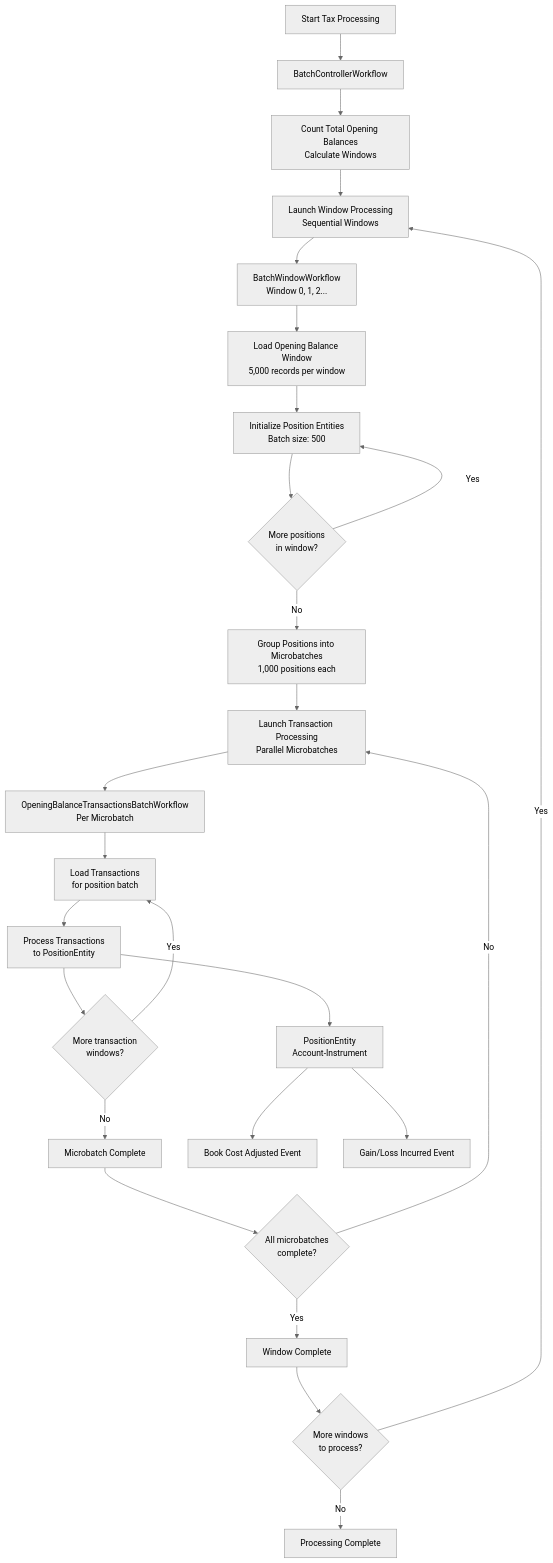
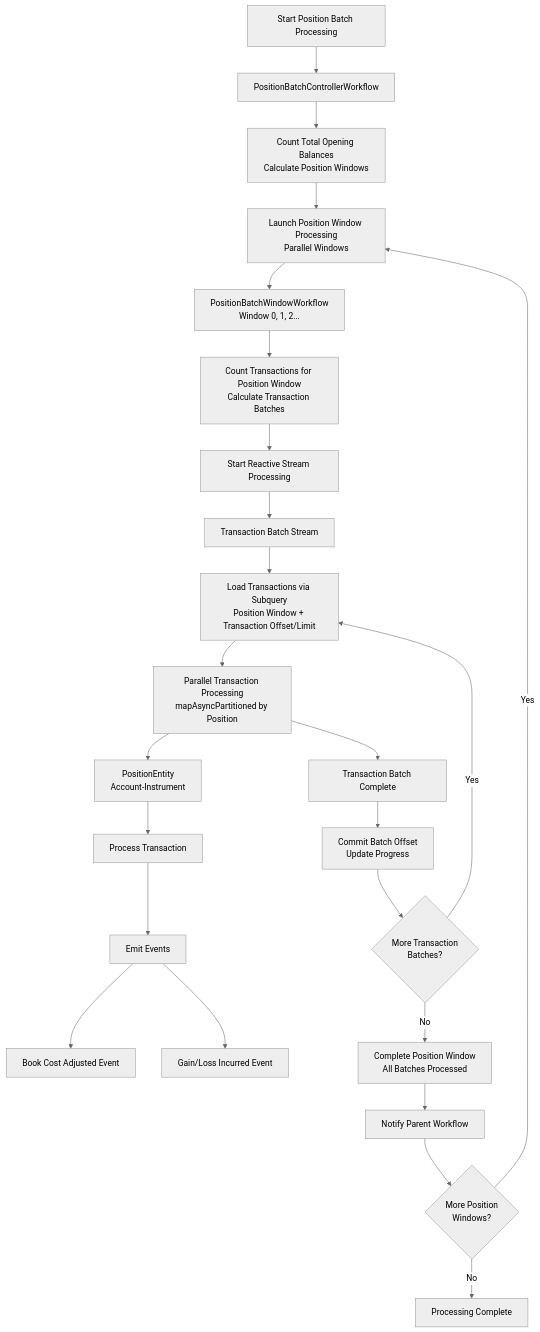
Before and after one commit to aklikic/tax-processing: the first of 2 diagrams in README.md, drawn with Mermaid (neutral theme). The commit also changed other lines of this file and 37 other files, not shown here.

````diff
--- a/README.md
+++ b/README.md
@@ -7,35 +7,32 @@
 ```mermaid
 graph TD
-    A[Start Tax Processing] --> B[BatchControllerWorkflow]
+    A[Start Position Batch Processing] --> B[PositionBatchControllerWorkflow]
 
-    B --> B1[Count Total Opening Balances<br/>Calculate Windows]
-    B1 --> B2[Launch Window Processing<br/>Sequential Windows]
+    B --> B1[Count Total Opening Balances<br/>Calculate Position Windows]
+    B1 --> B2[Launch Position Window Processing<br/>Parallel Windows]
 
-    B2 --> C[BatchWindowWorkflow<br/>Window 0, 1, 2...]
-    C --> C1[Load Opening Balance Window<br/>5,000 records per window]
-    C1 --> C2[Initialize Position Entities<br/>Batch size: 500]
-    C2 --> C3{More positions<br/>in window?}
-    C3 -->|Yes| C2
-    C3 -->|No| C4[Group Positions into Microbatches<br/>1,000 positions each]
+    B2 --> C[PositionBatchWindowWorkflow<br/>Window 0, 1, 2...]
+    C --> C1[Count Transactions for Position Window<br/>Calculate Transaction Batches]
+    C1 --> C2[Start Reactive Stream Processing]
 
-    C4 --> D1[Launch Transaction Processing<br/>Parallel Microbatches]
+    C2 --> D[Transaction Batch Stream]
+    D --> D1[Load Transactions via Subquery<br/>Position Window + Transaction Offset/Limit]
+    D1 --> D2[Parallel Transaction Processing<br/>mapAsyncPartitioned by Position]
 
-    D1 --> E[OpeningBalanceTransactionsBatchWorkflow<br/>Per Microbatch]
-    E --> E1[Load Transactions<br/>for position batch]
-    E1 --> E2[Process Transactions<br/>to PositionEntity]
-    E2 --> E3{More transaction<br/>windows?}
-    E3 -->|Yes| E1
-    E3 -->|No| E4[Microbatch Complete]
+    D2 --> E[PositionEntity<br/>Account-Instrument]
+    E --> E1[Process Transaction]
+    E1 --> E2[Emit Events]
+    E2 --> F1[Book Cost Adjusted Event]
+    E2 --> F2[Gain/Loss Incurred Event]
 
-    E2 --> F[PositionEntity<br/>Account-Instrument]
-    F --> F1[Book Cost Adjusted Event]
-    F --> F2[Gain/Loss Incurred Event]
+    D2 --> D3[Transaction Batch Complete]
+    D3 --> D4[Commit Batch Offset<br/>Update Progress]
+    D4 --> D5{More Transaction<br/>Batches?}
+    D5 -->|Yes| D1
+    D5 -->|No| C3[Complete Position Window<br/>All Batches Processed]
 
-    E4 --> D2{All microbatches<br/>complete?}
-    D2 -->|No| D1
-    D2 -->|Yes| C5[Window Complete]
-
-    C5 --> B3{More windows<br/>to process?}
+    C3 --> C4[Notify Parent Workflow]
+    C4 --> B3{More Position<br/>Windows?}
     B3 -->|Yes| B2
     B3 -->|No| G[Processing Complete]
 ```
````
